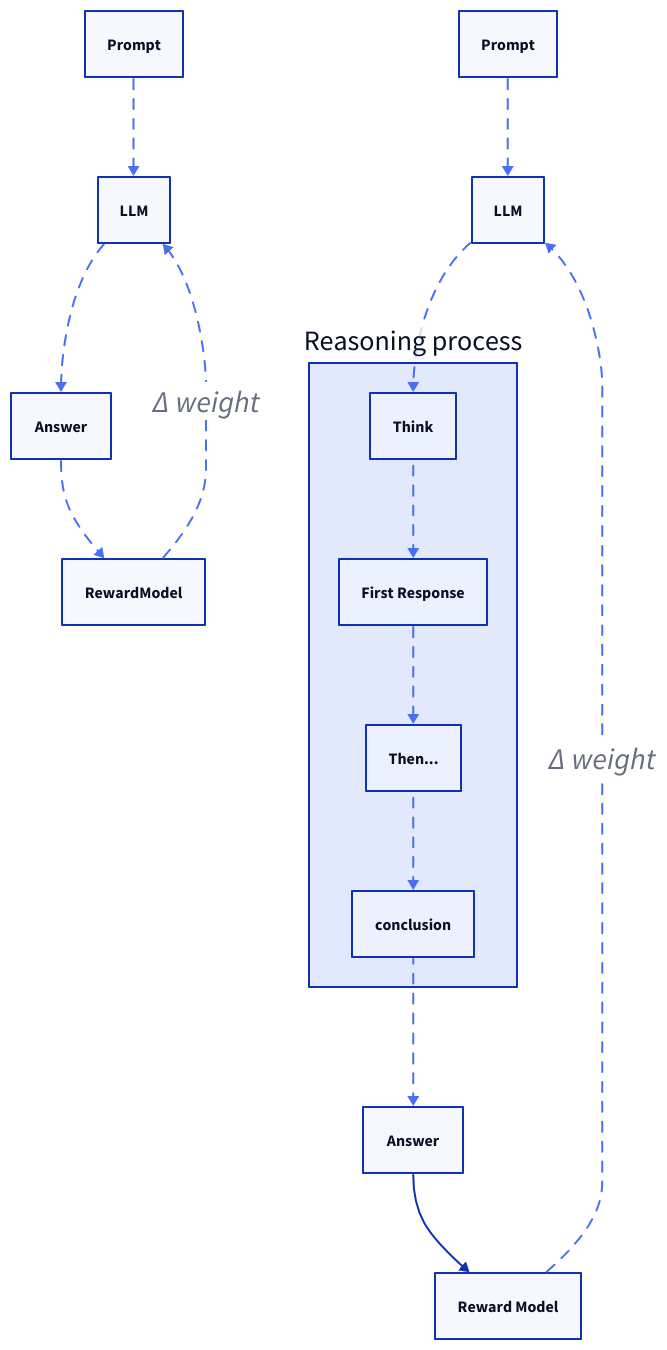
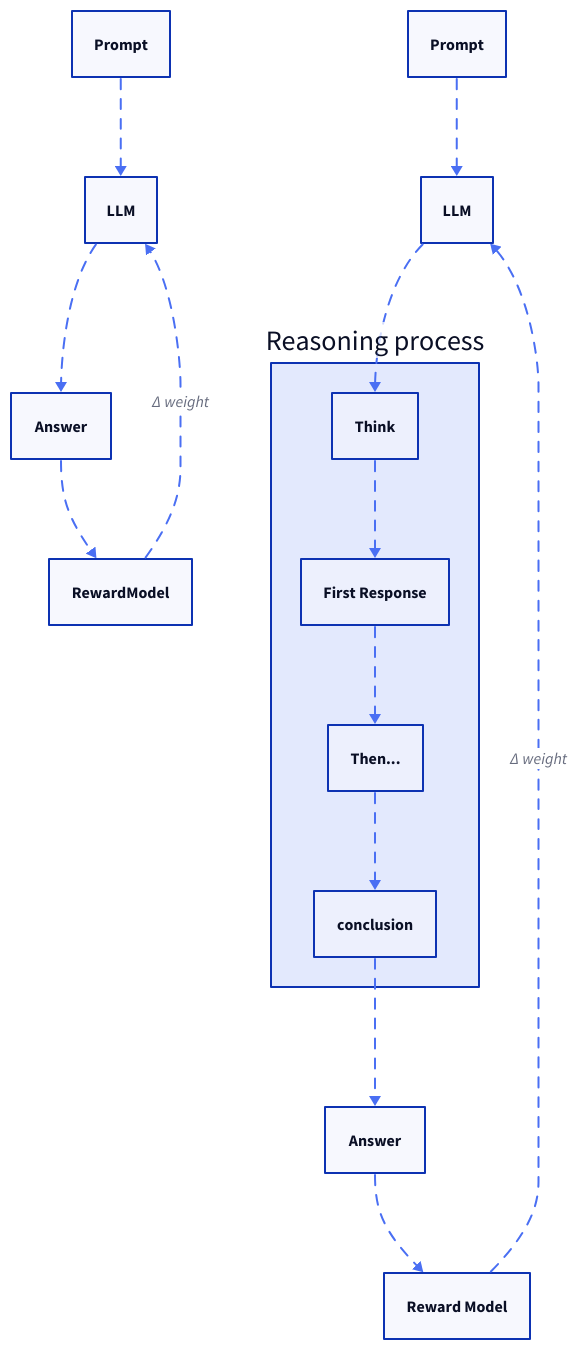
Before and after one commit to maycuatroi/blog: the diagram in blogs/openai-model-o1/materials/diagram.d2, drawn with D2.

Commit message:
- update

```diff
--- a/blogs/openai-model-o1/materials/diagram.d2
+++ b/blogs/openai-model-o1/materials/diagram.d2
@@ -1,105 +1,41 @@
-Prompt -> LLM: {
-  style: {
-    animated: true
-    stroke: "#4A6FF3"
-    stroke-width: 2
-  }
-}
+direction: down
 
-LLM -> Answer: {
-  style: {
-    animated: true
-    stroke: "#4A6FF3"
-    stroke-width: 2
-  }
-}
+(** -> **)[*].style.stroke: "#4A6FF3"
+(** -> **)[*].style.stroke-width: 2
+(** -> **)[*].style.animated: true
 
-Answer -> RewardModel: {
-  style: {
-    animated: true
-    stroke: "#4A6FF3"
-    stroke-width: 2
-  }
-}
+
+
+Prompt -> LLM
+LLM -> Answer
+Answer -> RewardModel
 
 Prompt1: Prompt
 LLM1: LLM
 
-Prompt1 -> LLM1: {
-  style: {
-    animated: true
-    stroke: "#4A6FF3"
-    stroke-width: 2
-  }
-}
-
-LLM1 -> reasoning.Think: {
-  style: {
-    animated: true
-    stroke: "#4A6FF3"
-    stroke-width: 2
-  }
-}
+Prompt1 -> LLM1
+LLM1 -> reasoning.Think
 
 reasoning: {
   label: "Reasoning process"
   FirstResponse: First Response
-  FirstResponse <- Think: {
-    style: {
-      animated: true
-      stroke: "#4A6FF3"
-      stroke-width: 2
-    }
-  }
-
+  Think -> FirstResponse
   then: Then...
-
-  FirstResponse -> then: {
-    style: {
-      animated: true
-      stroke: "#4A6FF3"
-      stroke-width: 2
-    }
-  }
-
-  conclusion <- then: {
-    style: {
-      animated: true
-      stroke: "#4A6FF3"
-      stroke-width: 2
-    }
-  }
+  FirstResponse -> then
+  then -> conclusion
 }
 
 answer1: Answer
-answer1 <- reasoning.conclusion: {
-  style: {
-    animated: true
-    stroke: "#4A6FF3"
-    stroke-width: 2
-  }
-}
+reasoning.conclusion -> answer1
 
 RewardModel1: Reward Model
 
 answer1 -> RewardModel1
 
 RewardModel1 -> LLM1: "Δ weight" {
-  style: {
-    animated: true
-    stroke: "#4A6FF3"
-    stroke-width: 2
-    font-size: 30
-  }
+  style: text
 }
 
-
-
 RewardModel -> LLM: "Δ weight" {
-  style: {
-    animated: true
-    stroke: "#4A6FF3"
-    stroke-width: 2
-    font-size: 30
-  }
+  style: text
 }
```
